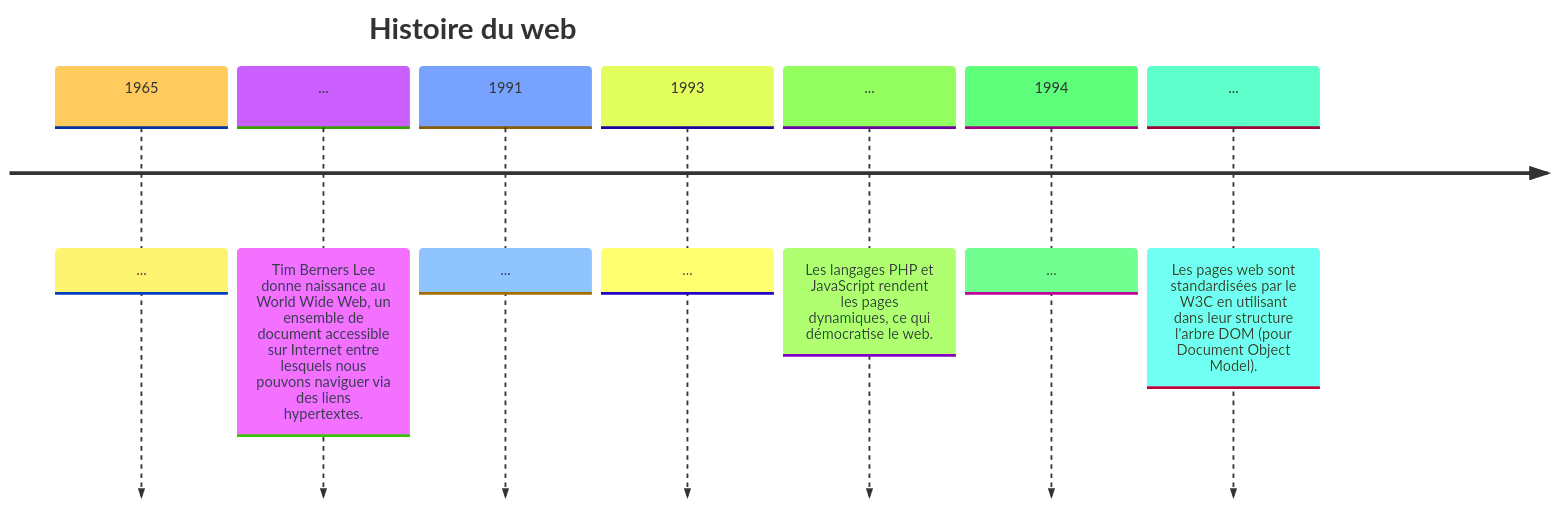
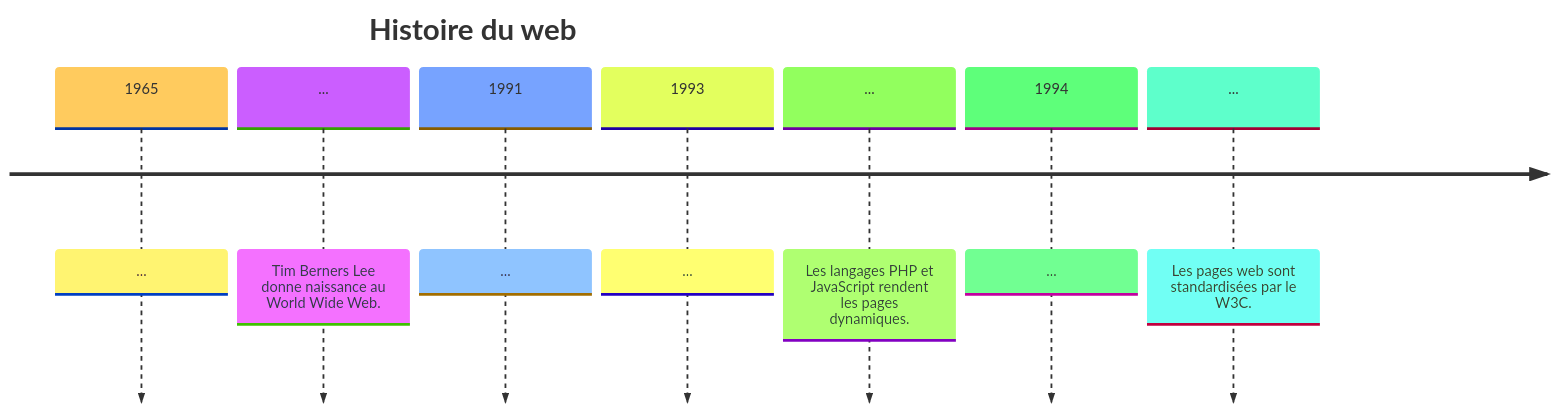
One commit to boddaert/snt changed the diagram in seconde/Web/Reperes_historiques.md. Above: the diagram before and after it, drawn with Mermaid.

````diff
--- a/seconde/Web/Reperes_historiques.md
+++ b/seconde/Web/Reperes_historiques.md
@@ -13,12 +13,12 @@
 ```mermaid
 %%{init: { 'logLevel': 'debug', 'theme': 'base' } }%%
     timeline
         title Histoire du web
           1965 : ...
-          ... : Tim Berners Lee donne naissance au World Wide Web, un ensemble de document accessible sur Internet entre lesquels nous pouvons naviguer via des liens hypertextes.
+          ... : Tim Berners Lee donne naissance au World Wide Web.
           1991 : ...
           1993 : ...
-          ... : Les langages PHP et JavaScript rendent les pages dynamiques, ce qui démocratise le web.
+          ... : Les langages PHP et JavaScript rendent les pages dynamiques.
           1994 : ...
-          ... : Les pages web sont standardisées par le W3C en utilisant dans leur structure l'arbre DOM (pour Document Object Model).
+          ... : Les pages web sont standardisées par le W3C.
 ```
````
